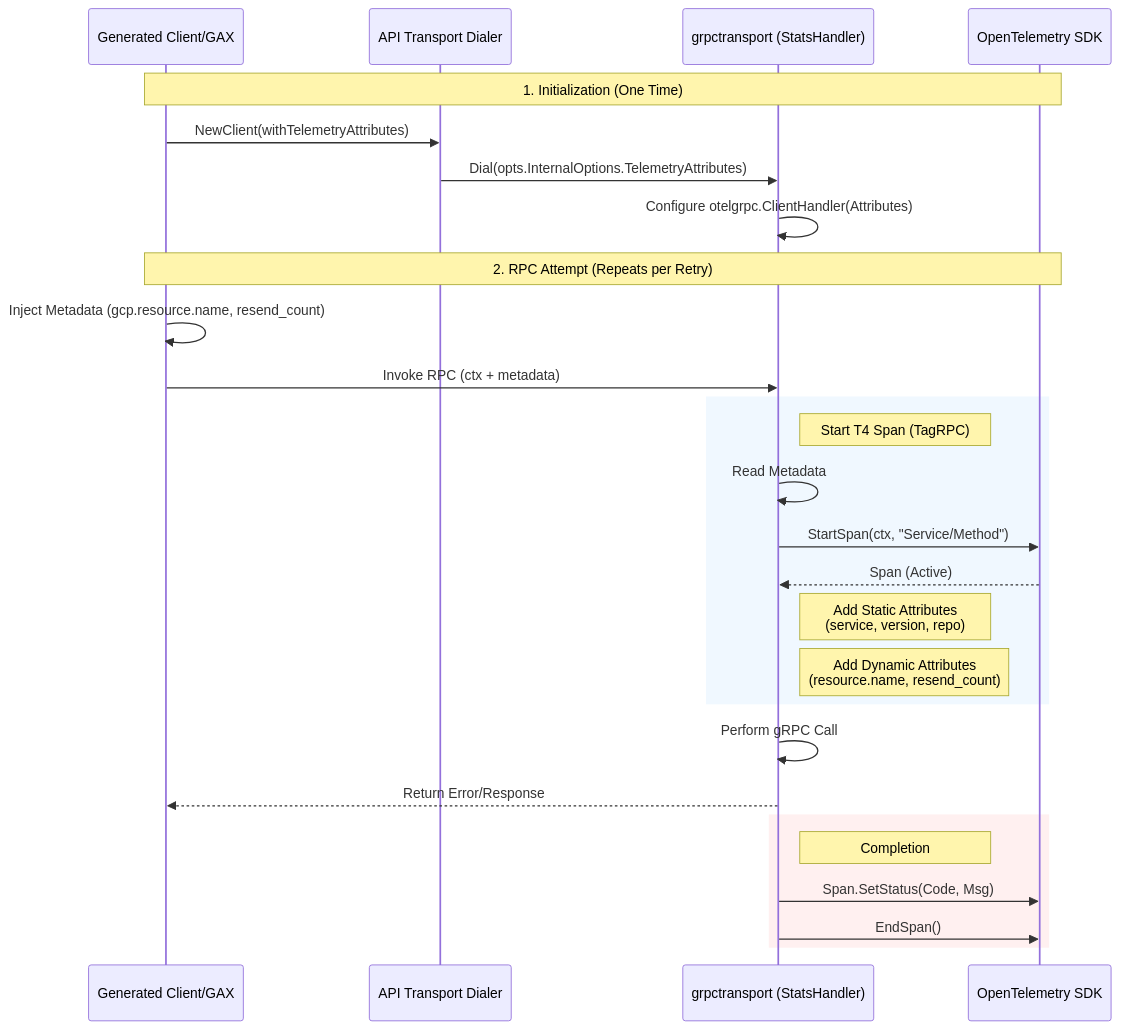
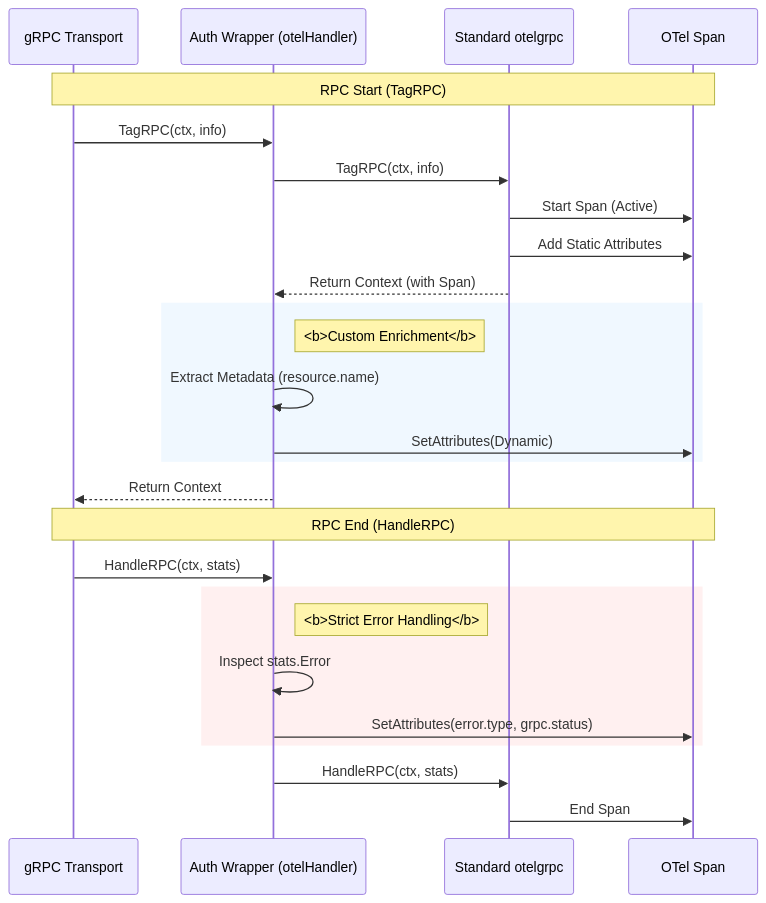
One commit to quartzmo/google-cloud-go changed the third of 4 diagrams in auth/go-otel-tracing-design.md. Above: the diagram before and after it, drawn with Mermaid. The commit also changed other lines of this file and 1 other file, not shown here.

````diff
--- a/auth/go-otel-tracing-design.md
+++ b/auth/go-otel-tracing-design.md
@@ -63,34 +97,34 @@
 ```mermaid
 sequenceDiagram
-    participant Client as Generated Client/GAX
-    participant Bridge as API Transport Dialer
-    participant Transport as grpctransport (StatsHandler)
-    participant OTel as OpenTelemetry SDK
+    participant Transport as gRPC Transport
+    participant Wrapper as Auth Wrapper (otelHandler)
+    participant OTelGRPC as Standard otelgrpc
+    participant Span as OTel Span
 
-    Note over Client, OTel: 1. Initialization (One Time)
-    Client->>Bridge: NewClient(withTelemetryAttributes)
-    Bridge->>Transport: Dial(opts.InternalOptions.TelemetryAttributes)
-    Transport->>Transport: Configure otelgrpc.ClientHandler(Attributes)
-
-    Note over Client, OTel: 2. RPC Attempt (Repeats per Retry)
-    Client->>Client: Inject Metadata (gcp.resource.name, resend_count)
-    Client->>Transport: Invoke RPC (ctx + metadata)
+    Note over Transport, Span: RPC Start (TagRPC)
+    Transport->>Wrapper: TagRPC(ctx, info)
+    Wrapper->>OTelGRPC: TagRPC(ctx, info)
+    OTelGRPC->>Span: Start Span (Active)
+    OTelGRPC->>Span: Add Static Attributes
+    OTelGRPC-->>Wrapper: Return Context (with Span)
     
     rect rgb(240, 248, 255)
-    Note right of Transport: Start T4 Span (TagRPC)
-    Transport->>Transport: Read Metadata
-    Transport->>OTel: StartSpan(ctx, "Service/Method")
-    OTel-->>Transport: Span (Active)
-    Note right of Transport: Add Static Attributes<br/>(service, version, repo)
-    Note right of Transport: Add Dynamic Attributes<br/>(resource.name, resend_count)
+    Note right of Wrapper: <b>Custom Enrichment</b>
+    Wrapper->>Wrapper: Extract Metadata (resource.name)
+    Wrapper->>Span: SetAttributes(Dynamic)
+    end
+    
+    Wrapper-->>Transport: Return Context
+
+    Note over Transport, Span: RPC End (HandleRPC)
+    Transport->>Wrapper: HandleRPC(ctx, stats)
+    
+    rect rgb(255, 240, 240)
+    Note right of Wrapper: <b>Strict Error Handling</b>
+    Wrapper->>Wrapper: Inspect stats.Error
+    Wrapper->>Span: SetAttributes(error.type, grpc.status)
     end
 
-    Transport->>Transport: Perform gRPC Call
-    Transport-->>Client: Return Error/Response
-
-    rect rgb(255, 240, 240)
-    Note right of Transport: Completion
-    Transport->>OTel: Span.SetStatus(Code, Msg)
-    Transport->>OTel: EndSpan()
-    end
+    Wrapper->>OTelGRPC: HandleRPC(ctx, stats)
+    OTelGRPC->>Span: End Span
 ```
````
